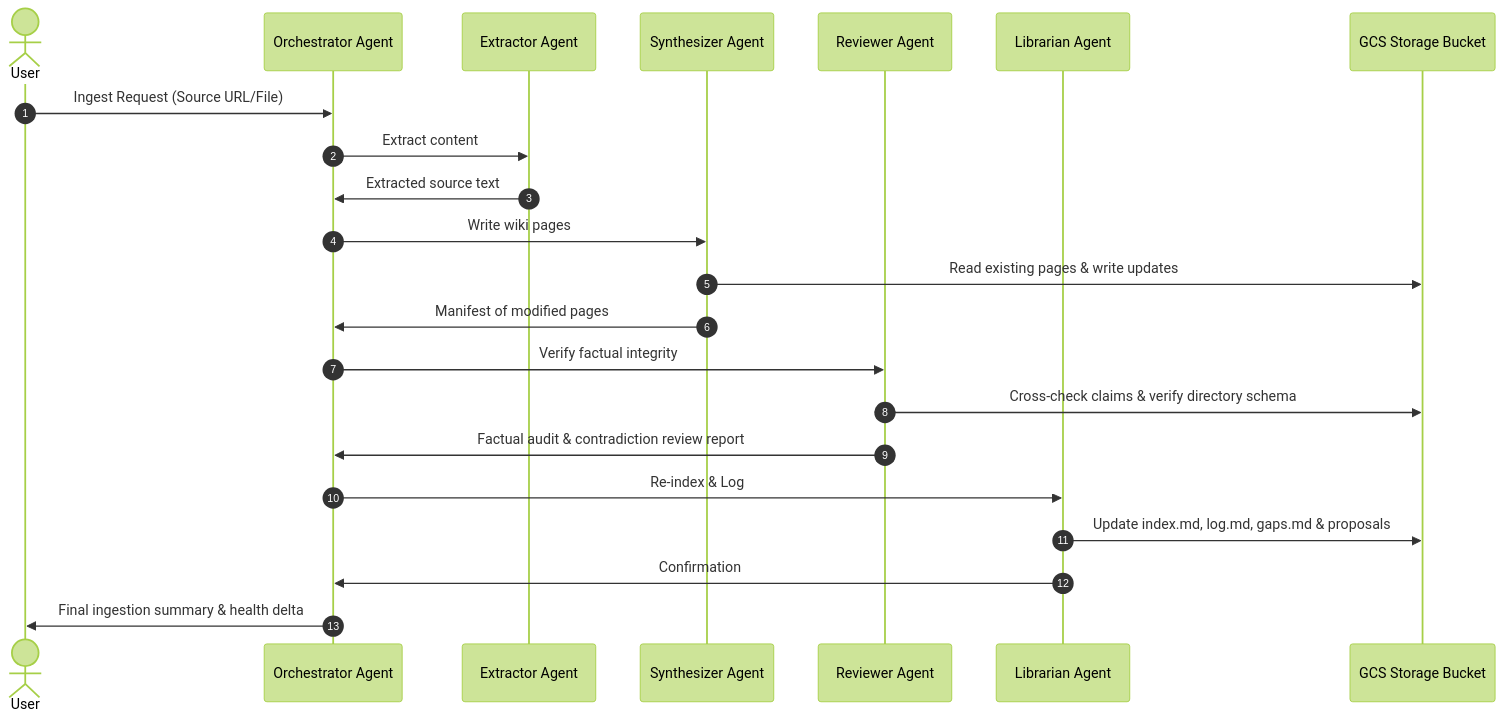
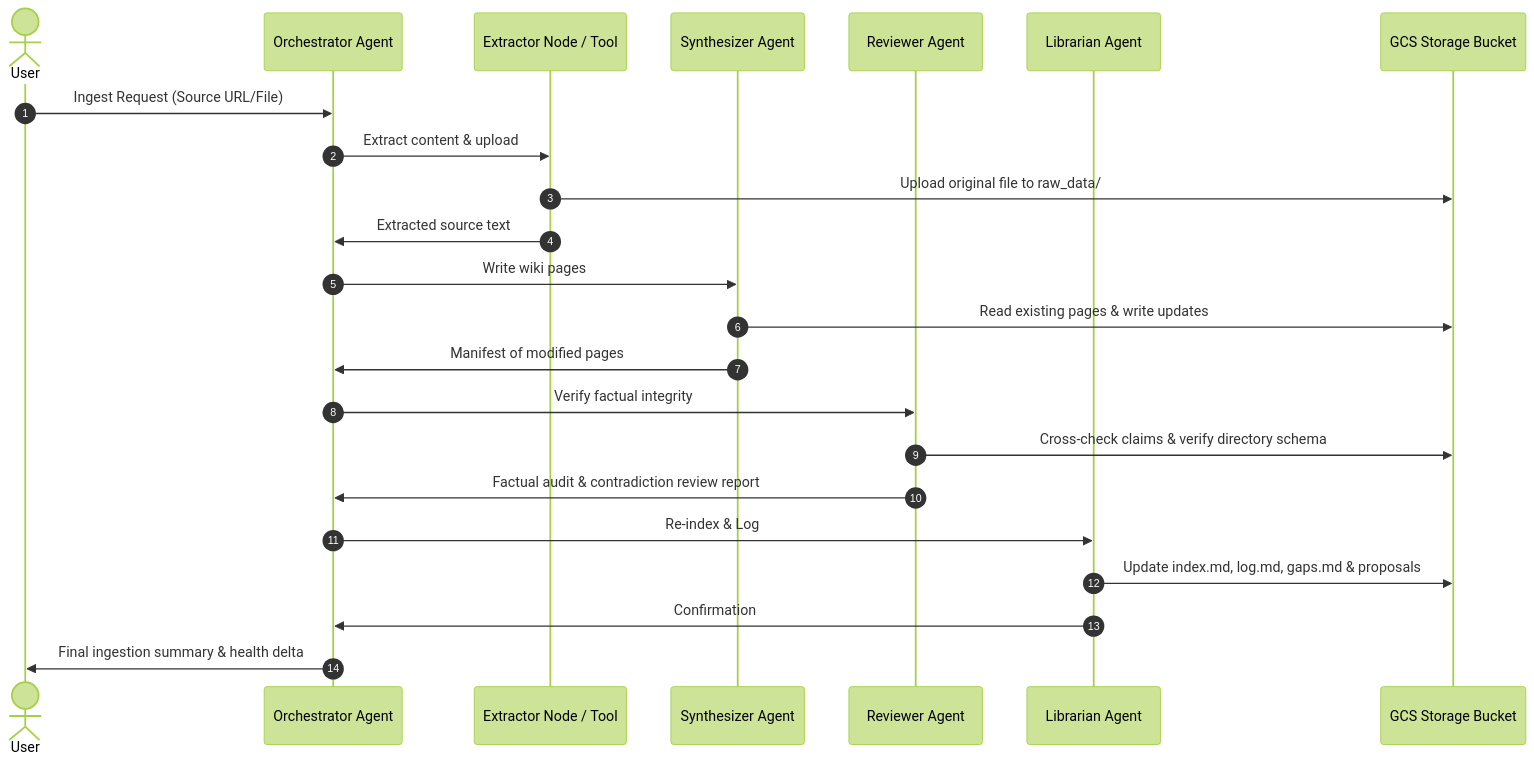
Before and after one commit to aagardezi/agentwiki-adk: the second of 4 diagrams in README.md, drawn with Mermaid (forest theme). The commit also changed other lines of this file and 6 other files, not shown here.

First line of the commit message:
Update README, schema.md, and system architecture diagrams to reflect ADK2 Workflow and GCS raw data integration.

````diff
--- a/README.md
+++ b/README.md
@@ -84,25 +88,26 @@
 ```mermaid
 sequenceDiagram
     autonumber
     actor User
     participant Orchestrator as Orchestrator Agent
-    participant Extractor as Extractor Agent
+    participant Extractor as Extractor Node / Tool
     participant Synthesizer as Synthesizer Agent
     participant Reviewer as Reviewer Agent
     participant Librarian as Librarian Agent
     participant GCS as GCS Storage Bucket
 
     User->>Orchestrator: Ingest Request (Source URL/File)
-    Orchestrator->>Extractor: Extract content
+    Orchestrator->>Extractor: Extract content & upload
+    Extractor->>GCS: Upload original file to raw_data/
     Extractor->>Orchestrator: Extracted source text
     Orchestrator->>Synthesizer: Write wiki pages
     Synthesizer->>GCS: Read existing pages & write updates
     Synthesizer->>Orchestrator: Manifest of modified pages
     Orchestrator->>Reviewer: Verify factual integrity
     Reviewer->>GCS: Cross-check claims & verify directory schema
     Reviewer->>Orchestrator: Factual audit & contradiction review report
     Orchestrator->>Librarian: Re-index & Log
     Librarian->>GCS: Update index.md, log.md, gaps.md & proposals
     Librarian->>Orchestrator: Confirmation
     Orchestrator->>User: Final ingestion summary & health delta
 ```
````
